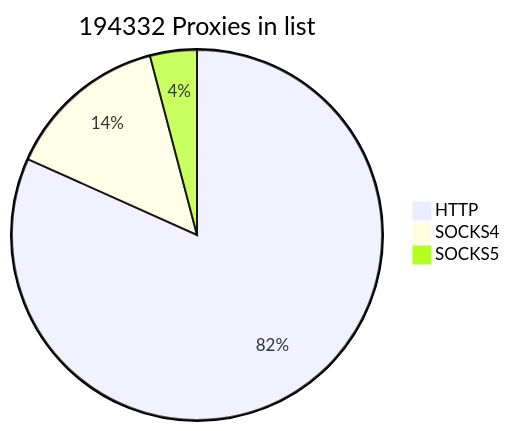
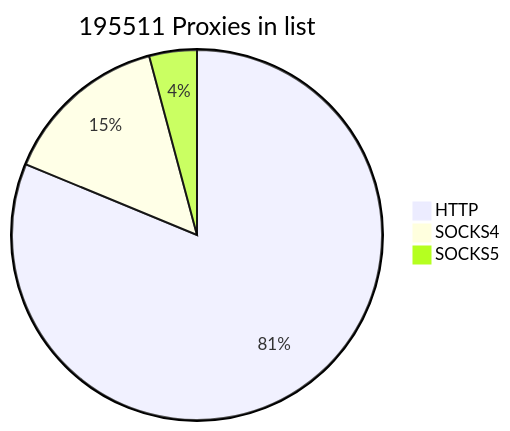
The first of 2 diagrams in README.md (cutipu/proxylist), drawn with Mermaid before and after one commit. The commit also changed other lines of this file, not shown here.

````diff
--- a/README.md
+++ b/README.md
@@ -2,7 +2,7 @@
 ```mermaid
-pie title 194332 Proxies in list
-    "HTTP" : 158789
-    "SOCKS4" : 27596
-    "SOCKS5" : 7947
+pie title 195511 Proxies in list
+    "HTTP" : 158819
+    "SOCKS4" : 28562
+    "SOCKS5" : 8130
             
 ```
````
